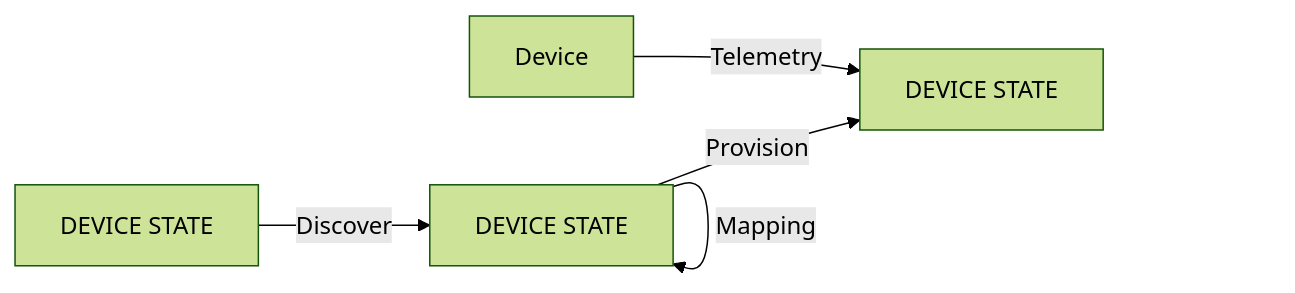
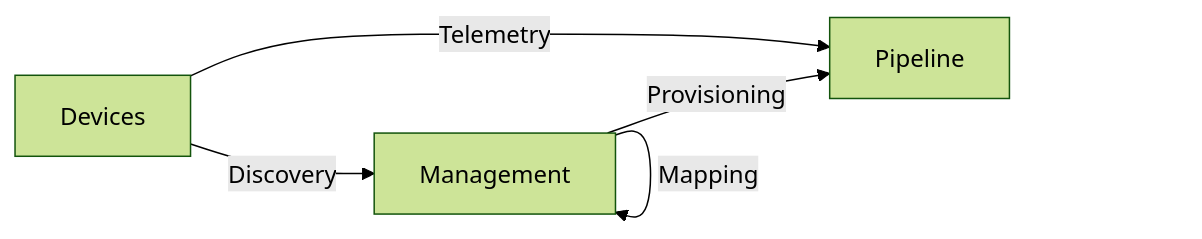
The first of 2 diagrams in docs/specs/onboarding.md (faucetsdn/udmi), drawn with Mermaid (forest theme) before and after one commit. The commit also changed 1 other file, not shown here.

Commit message:
Tweaking diagrams

````diff
--- a/docs/specs/onboarding.md
+++ b/docs/specs/onboarding.md
@@ -25,10 +25,10 @@
 ```mermaid
 flowchart LR
-  Devices[DEVICE STATE]
-  Management[DEVICE STATE]
-  Pipeline[DEVICE STATE]
-  Device -- Telemetry --> Pipeline
-  Devices -- Discover --> Management
-  Management -- Provision --> Pipeline
-  Management -- Mapping --> Management
+  D[Devices]
+  M[Management]
+  P[Pipeline]
+  D -- Telemetry --> P
+  D -- Discovery --> M
+  M -- Provisioning --> P
+  M -- Mapping --> M
 ```
````
